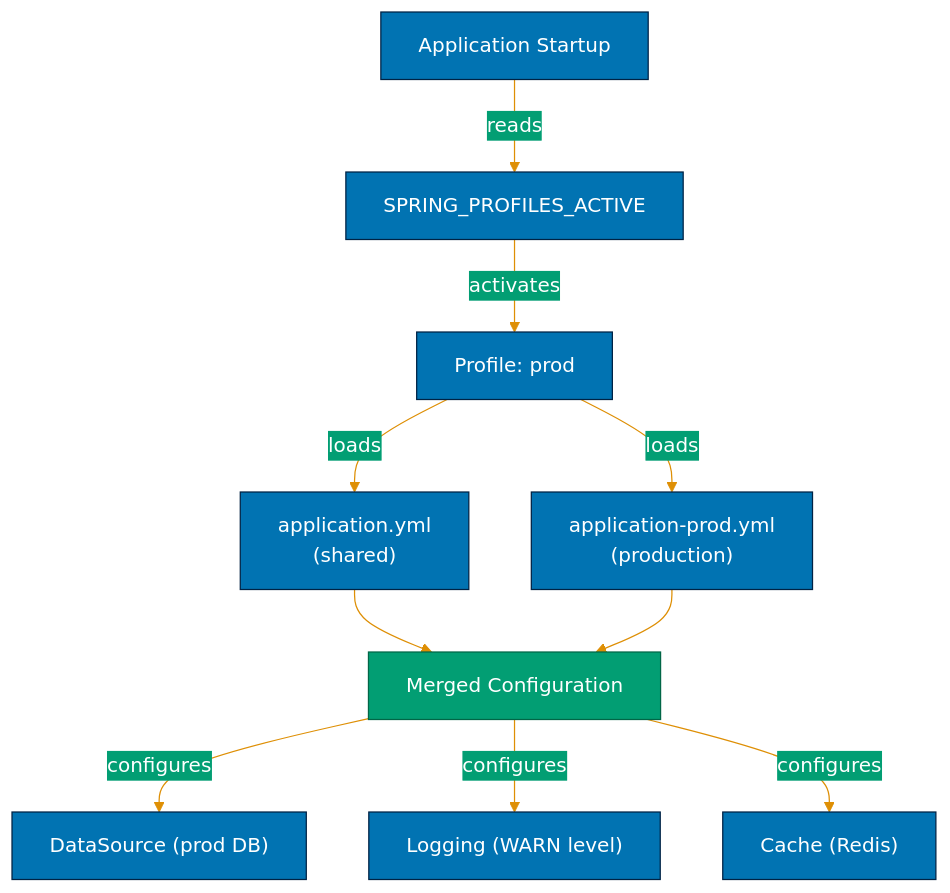
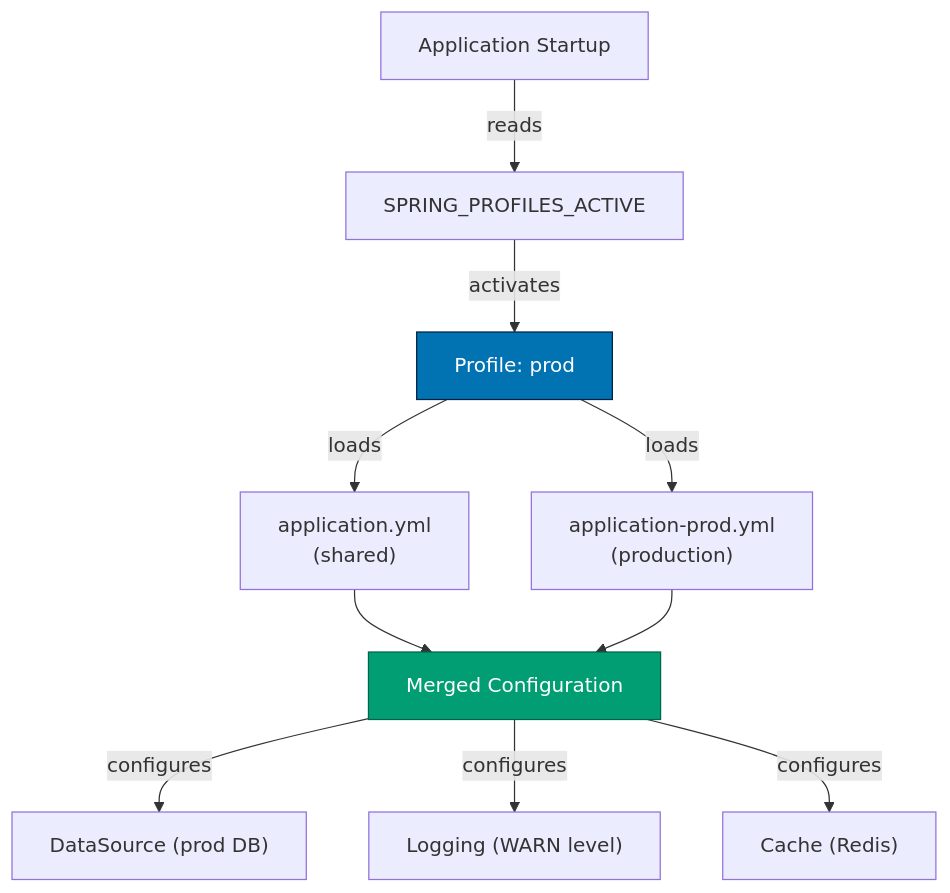
Before and after one commit to wahidyankf/baseerah: the diagram in apps/ayokoding-web/content/en/learn/software-engineering/platforms/web/tools/jvm-spring-boot/in-the-field/profiles-environments.md, drawn with Mermaid. The commit also changed 17 other files, not shown here.

First line of the commit message:
fix(ci): scope pre-push mermaid check to governance + docs dirs

````diff
--- a/apps/ayokoding-web/content/en/learn/software-engineering/platforms/web/tools/jvm-spring-boot/in-the-field/profiles-environments.md
+++ b/apps/ayokoding-web/content/en/learn/software-engineering/platforms/web/tools/jvm-spring-boot/in-the-field/profiles-environments.md
@@ -365,19 +365,19 @@
 ```mermaid
-%%{init: {'theme':'base', 'themeVariables': { 'primaryColor':'#0173B2','primaryTextColor':'#fff','primaryBorderColor':'#024','lineColor':'#DE8F05','secondaryColor':'#029E73','tertiaryColor':'#CA9161','fontSize':'16px'}}}%%
+%%{init: {'theme':'base',<br/>'themeVariables': {<br/>'primaryColor':'#0173B2','primaryTextColor':'#fff','primaryBorderColor':'#024','lineColor':'#DE8F05','secondaryColor':'#029E73','tertiaryColor':'#CA9161','fontSize':'16px'}}}%%
 graph TD
     A["Application Startup"] -->|"reads"| B["SPRING_PROFILES_ACTIVE"]
     B -->|"activates"| C["Profile: prod"]
 
     C -->|"loads"| D["application.yml<br/>(shared)"]
     C -->|"loads"| E["application-prod.yml<br/>(production)"]
 
     D --> F["Merged Configuration"]
     E --> F
 
     F -->|"configures"| G["DataSource (prod DB)"]
     F -->|"configures"| H["Logging (WARN level)"]
     F -->|"configures"| I["Cache (Redis)"]
 
     style C fill:#0173B2,stroke:#024,color:#fff
     style F fill:#029E73,stroke:#016647,color:#fff
 ```
````
